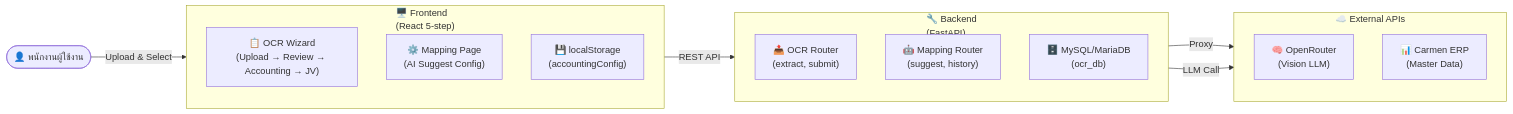
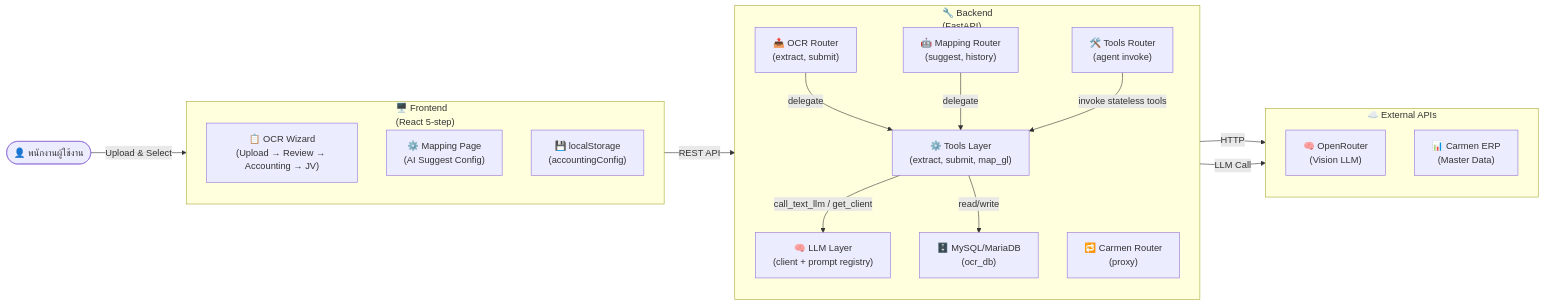
Before and after one commit to SupportCarmen/OCR: the first of 7 diagrams in docs/Software_Requirements_Specification.md, drawn with Mermaid. The commit also changed other lines of this file and 16 other files, not shown here.

````diff
--- a/docs/Software_Requirements_Specification.md
+++ b/docs/Software_Requirements_Specification.md
@@ -47,29 +48,38 @@
 ```mermaid
 flowchart LR
     User(["👤 พนักงานผู้ใช้งาน"])
     
     subgraph Frontend["🖥️ Frontend<br/>(React 5-step)"]
         direction TB
         UI["📋 OCR Wizard<br/>(Upload → Review → Accounting → JV)"]
         Mapping["⚙️ Mapping Page<br/>(AI Suggest Config)"]
         LS["💾 localStorage<br/>(accountingConfig)"]
     end
     
     subgraph Backend["🔧 Backend<br/>(FastAPI)"]
         direction TB
         OCR_R["📤 OCR Router<br/>(extract, submit)"]
         Map_R["🤖 Mapping Router<br/>(suggest, history)"]
+        Carmen_R["🔁 Carmen Router<br/>(proxy)"]
+        Tools_R["🛠️ Tools Router<br/>(agent invoke)"]
+        Tools_L["⚙️ Tools Layer<br/>(extract, submit, map_gl)"]
+        LLM_L["🧠 LLM Layer<br/>(client + prompt registry)"]
         DB["🗄️ MySQL/MariaDB<br/>(ocr_db)"]
     end
     
     subgraph External["☁️ External APIs"]
         direction TB
         OpenRouter["🧠 OpenRouter<br/>(Vision LLM)"]
         Carmen["📊 Carmen ERP<br/>(Master Data)"]
     end
 
     User -->|Upload & Select| Frontend
     Frontend -->|REST API| Backend
-    Backend -->|Proxy| Carmen
-    Backend -->|LLM Call| OpenRouter
+    OCR_R -->|delegate| Tools_L
+    Map_R -->|delegate| Tools_L
+    Tools_R -->|invoke stateless tools| Tools_L
+    Carmen_R -->|HTTP| Carmen
+    Tools_L -->|call_text_llm / get_client| LLM_L
+    LLM_L -->|LLM Call| OpenRouter
+    Tools_L -->|read/write| DB
 ```
````
